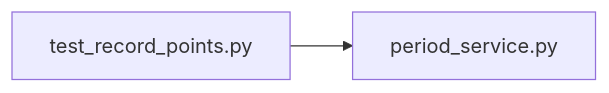
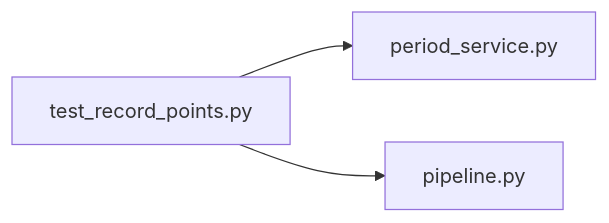
One commit to minkong-dev/Banblit changed the diagram in .cluedoc/graph/backend/tests/unit/test_record_points.md. Above: the diagram before and after it, drawn with Mermaid. The commit also changed other lines of this file and 28 other files, not shown here.

Commit message:
backend: move job records, record apply order, admin code and team colors to their pipelines and contract

````diff
--- a/.cluedoc/graph/backend/tests/unit/test_record_points.md
+++ b/.cluedoc/graph/backend/tests/unit/test_record_points.md
@@ -10,5 +10,6 @@
 ```mermaid
 flowchart LR
   backend_tests_unit_test_record_points["test_record_points.py"]
   backend_tests_unit_test_record_points --> backend_src_backend_services_period_period_service["period_service.py"]
+  backend_tests_unit_test_record_points --> backend_src_backend_services_period_pipeline["pipeline.py"]
 ```
````
